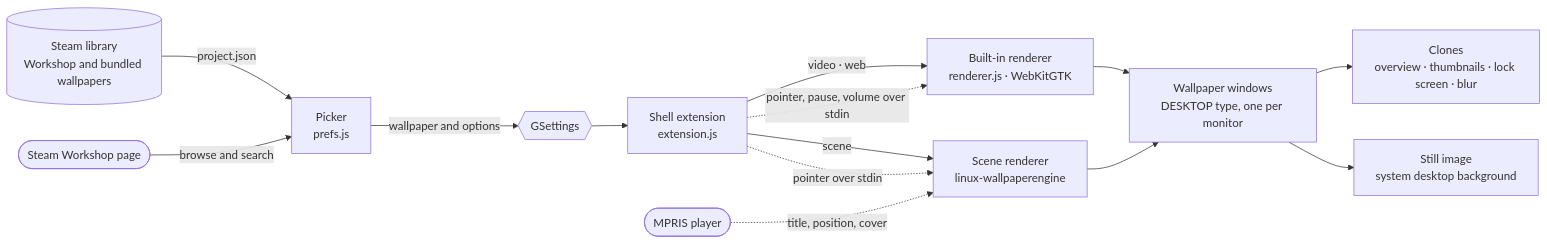
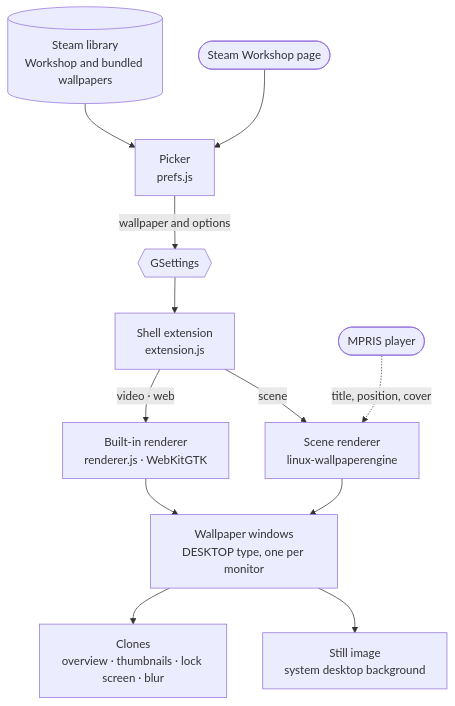
The diagram in README.md (KoukeNeko/GNOME-Paper-Engine), drawn with Mermaid before and after one commit. The commit also changed other lines of this file, not shown here.

Commit message:
docs: lay the diagram out top to bottom

````diff
--- a/README.md
+++ b/README.md
@@ -227,28 +227,26 @@
 ```mermaid
-flowchart LR
+flowchart TB
     steam[("Steam library<br>Workshop and bundled wallpapers")]
+    workshop(["Steam Workshop page"])
     picker["Picker<br>prefs.js"]
     settings{{"GSettings"}}
     extension["Shell extension<br>extension.js"]
     builtin["Built-in renderer<br>renderer.js · WebKitGTK"]
     scene["Scene renderer<br>linux-wallpaperengine"]
+    mpris(["MPRIS player"])
     windows["Wallpaper windows<br>DESKTOP type, one per monitor"]
     clones["Clones<br>overview · thumbnails · lock screen · blur"]
     still["Still image<br>system desktop background"]
-    workshop(["Steam Workshop page"])
-    mpris(["MPRIS player"])
 
-    steam -- "project.json" --> picker
-    workshop -- "browse and search" --> picker
+    steam --> picker
+    workshop --> picker
     picker -- "wallpaper and options" --> settings
     settings --> extension
     extension -- "video · web" --> builtin
     extension -- "scene" --> scene
-    extension -. "pointer, pause, volume over stdin" .-> builtin
-    extension -. "pointer over stdin" .-> scene
     mpris -. "title, position, cover" .-> scene
     builtin --> windows
     scene --> windows
     windows --> clones
     windows --> still
 ```
````
